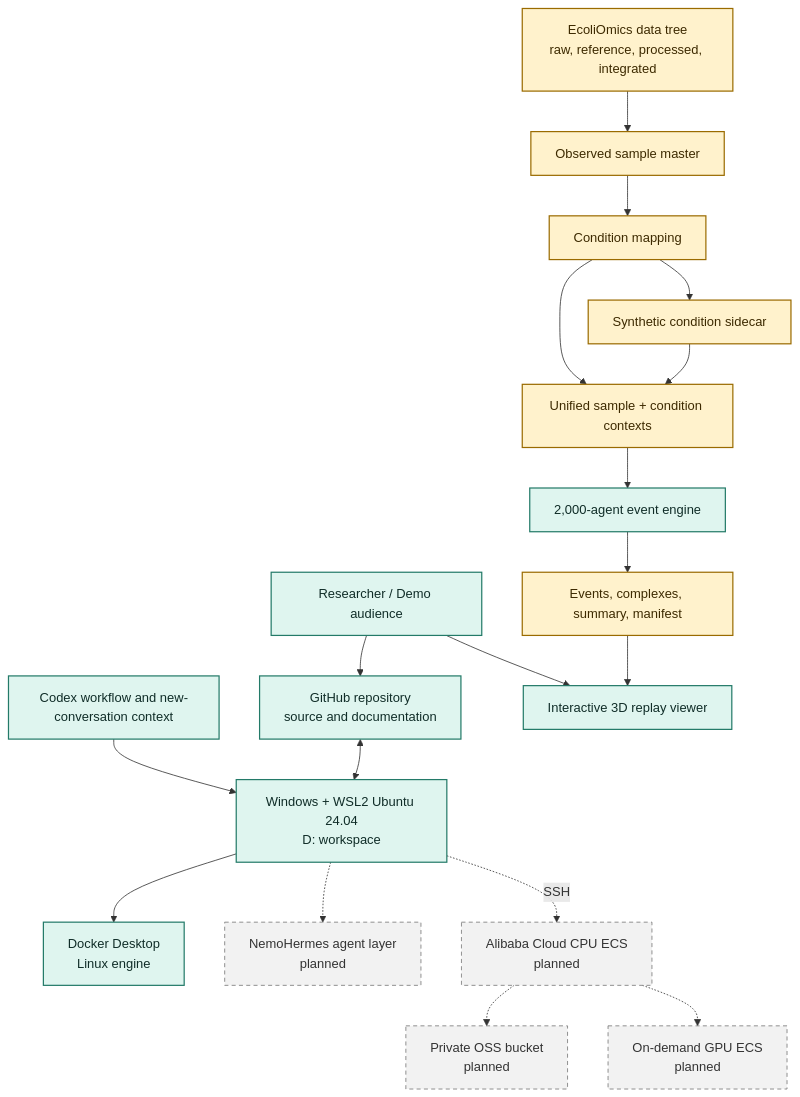
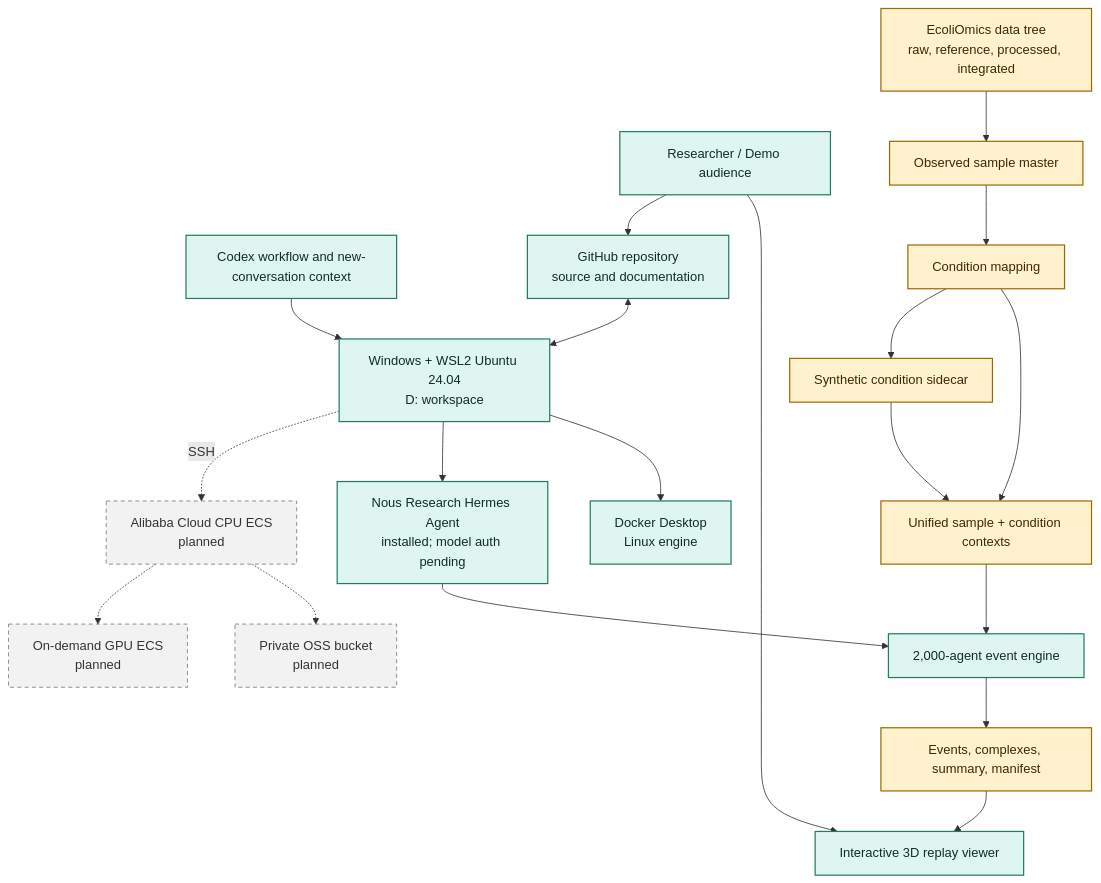
One commit to PrzmArk77469/E.coli-Multi-Omics-World-Model-Test-Demo changed the first of 4 diagrams in docs/SYSTEM_ARCHITECTURE.md. Above: the diagram before and after it, drawn with Mermaid. The commit also changed other lines of this file and 11 other files, not shown here.

Commit message:
Deploy official Hermes Agent in WSL

````diff
--- a/docs/SYSTEM_ARCHITECTURE.md
+++ b/docs/SYSTEM_ARCHITECTURE.md
@@ -21,45 +22,46 @@
 ```mermaid
 flowchart TB
     User["Researcher / Demo audience"]
     Codex["Codex workflow and new-conversation context"]
     GitHub["GitHub repository<br/>source and documentation"]
     Local["Windows + WSL2 Ubuntu 24.04<br/>D: workspace"]
     Docker["Docker Desktop<br/>Linux engine"]
     Data["EcoliOmics data tree<br/>raw, reference, processed, integrated"]
     Observed["Observed sample master"]
     Mapping["Condition mapping"]
     Sidecar["Synthetic condition sidecar"]
     Context["Unified sample + condition contexts"]
     Engine["2,000-agent event engine"]
     Events["Events, complexes, summary, manifest"]
     Viewer["Interactive 3D replay viewer"]
-    Hermes["NemoHermes agent layer<br/>planned"]
+    Hermes["Nous Research Hermes Agent<br/>installed; model auth pending"]
     ECS["Alibaba Cloud CPU ECS<br/>planned"]
     OSS["Private OSS bucket<br/>planned"]
     GPU["On-demand GPU ECS<br/>planned"]
 
     User --> Viewer
     User --> GitHub
     Codex --> Local
     GitHub <--> Local
     Local --> Docker
     Data --> Observed
     Observed --> Mapping
     Mapping --> Context
     Mapping --> Sidecar
     Sidecar --> Context
     Context --> Engine
     Engine --> Events
     Events --> Viewer
-    Local -.-> Hermes
+    Local --> Hermes
+    Hermes --> Engine
     Local -. SSH .-> ECS
     ECS -.-> OSS
     ECS -.-> GPU
 
     classDef done fill:#dff5ef,stroke:#237a68,color:#102d28,stroke-width:1.5px;
     classDef data fill:#fff2cc,stroke:#9a6b00,color:#3d2a00,stroke-width:1.5px;
     classDef planned fill:#f2f2f2,stroke:#777,color:#333,stroke-dasharray:5 4;
-    class User,Codex,GitHub,Local,Docker,Engine,Viewer done;
+    class User,Codex,GitHub,Local,Docker,Hermes,Engine,Viewer done;
     class Data,Observed,Mapping,Sidecar,Context,Events data;
-    class Hermes,ECS,OSS,GPU planned;
+    class ECS,OSS,GPU planned;
 ```
````
